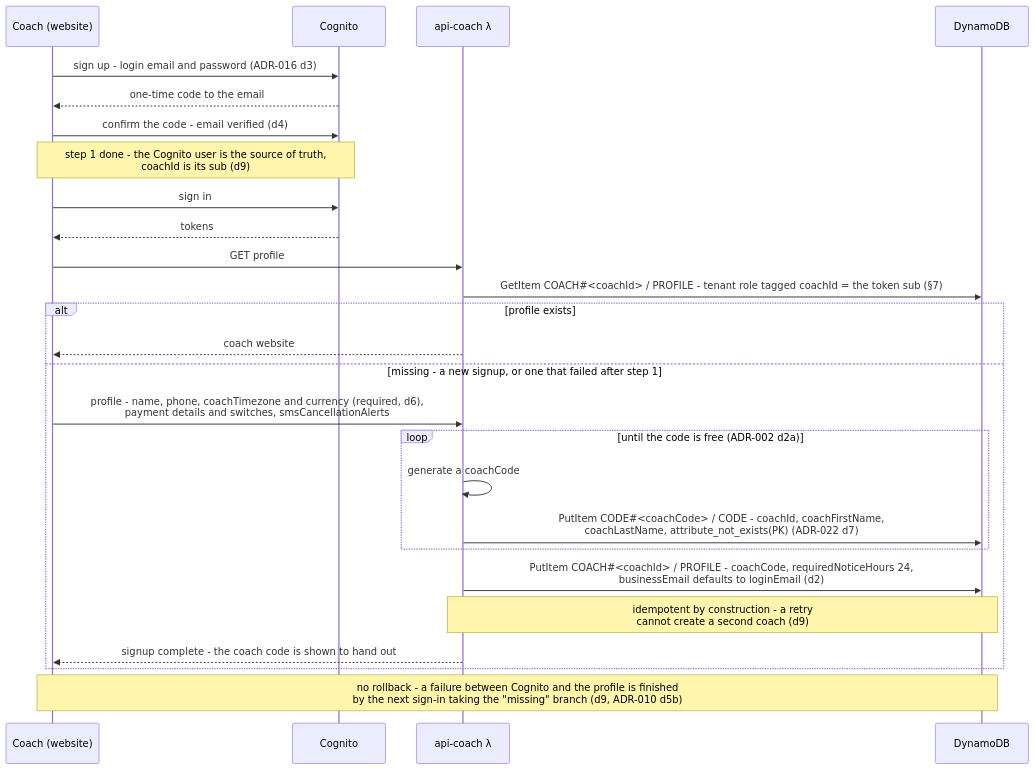
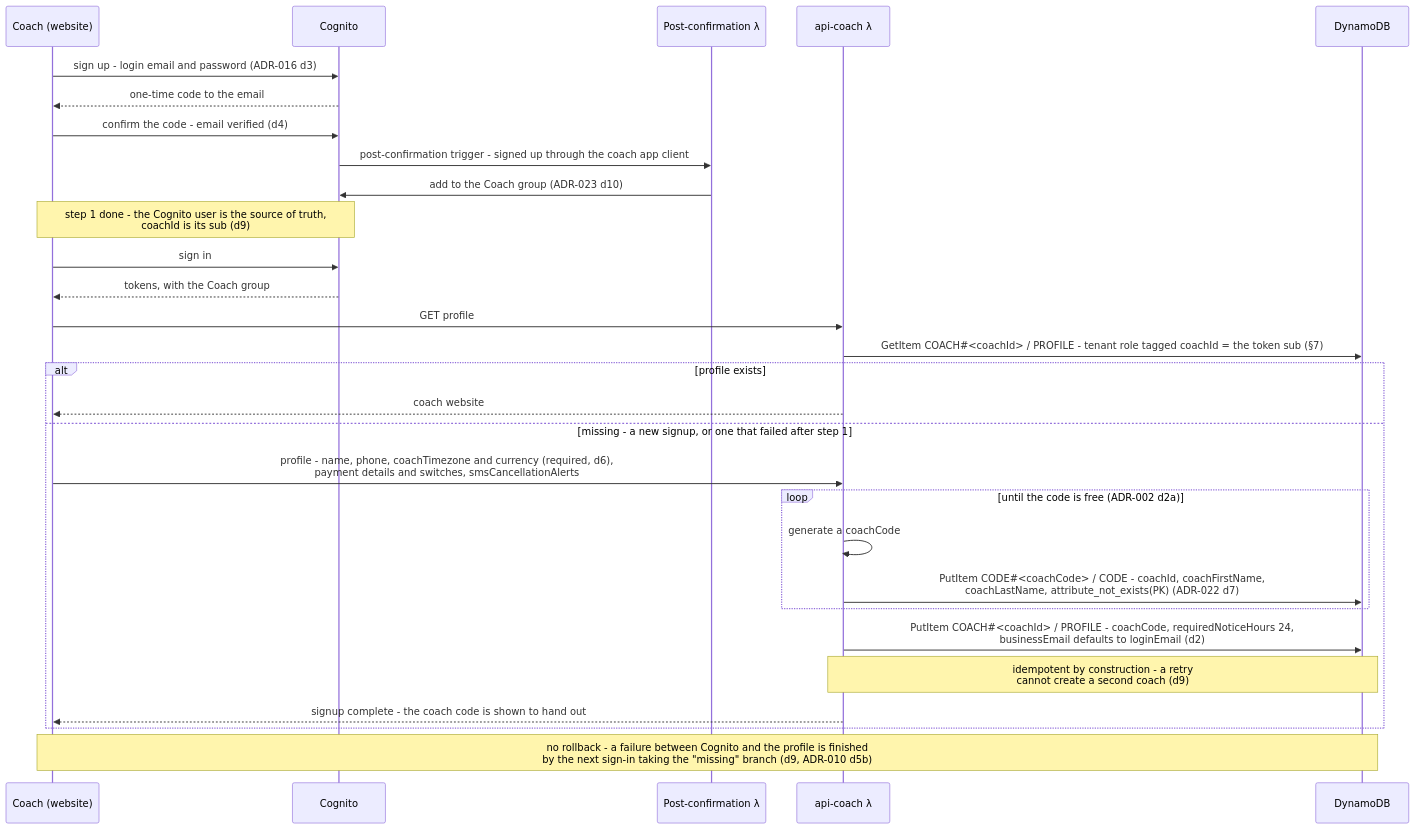
One commit to jessicamvega6/bladebook changed diagram 22 of 29 in docs/architecture.md. Above: the diagram before and after it, drawn with Mermaid. The commit also changed other lines of this file and 12 other files, not shown here.

````diff
--- a/docs/architecture.md
+++ b/docs/architecture.md
@@ -1799,28 +1805,31 @@
 ```mermaid
 sequenceDiagram
     participant C as Coach (website)
     participant Cog as Cognito
+    participant PC as Post-confirmation λ
     participant API as api-coach λ
     participant DB as DynamoDB
     C->>Cog: sign up - login email and password (ADR-016 d3)
     Cog-->>C: one-time code to the email
     C->>Cog: confirm the code - email verified (d4)
+    Cog->>PC: post-confirmation trigger - signed up through the coach app client
+    PC->>Cog: add to the Coach group (ADR-023 d10)
     Note over C,Cog: step 1 done - the Cognito user is the source of truth,<br/>coachId is its sub (d9)
     C->>Cog: sign in
-    Cog-->>C: tokens
+    Cog-->>C: tokens, with the Coach group
     C->>API: GET profile
     API->>DB: GetItem COACH#35;<coachId> / PROFILE - tenant role tagged coachId = the token sub (§7)
     alt profile exists
         API-->>C: coach website
     else missing - a new signup, or one that failed after step 1
         C->>API: profile - name, phone, coachTimezone and currency (required, d6),<br/>payment details and switches, smsCancellationAlerts
         loop until the code is free (ADR-002 d2a)
             API->>API: generate a coachCode
             API->>DB: PutItem CODE#35;<coachCode> / CODE - coachId, coachFirstName,<br/>coachLastName, attribute_not_exists(PK) (ADR-022 d7)
         end
         API->>DB: PutItem COACH#35;<coachId> / PROFILE - coachCode, requiredNoticeHours 24,<br/>businessEmail defaults to loginEmail (d2)
         Note over API,DB: idempotent by construction - a retry<br/>cannot create a second coach (d9)
         API-->>C: signup complete - the coach code is shown to hand out
     end
     Note over C,DB: no rollback - a failure between Cognito and the profile is finished<br/>by the next sign-in taking the "missing" branch (d9, ADR-010 d5b)
 ```
````
